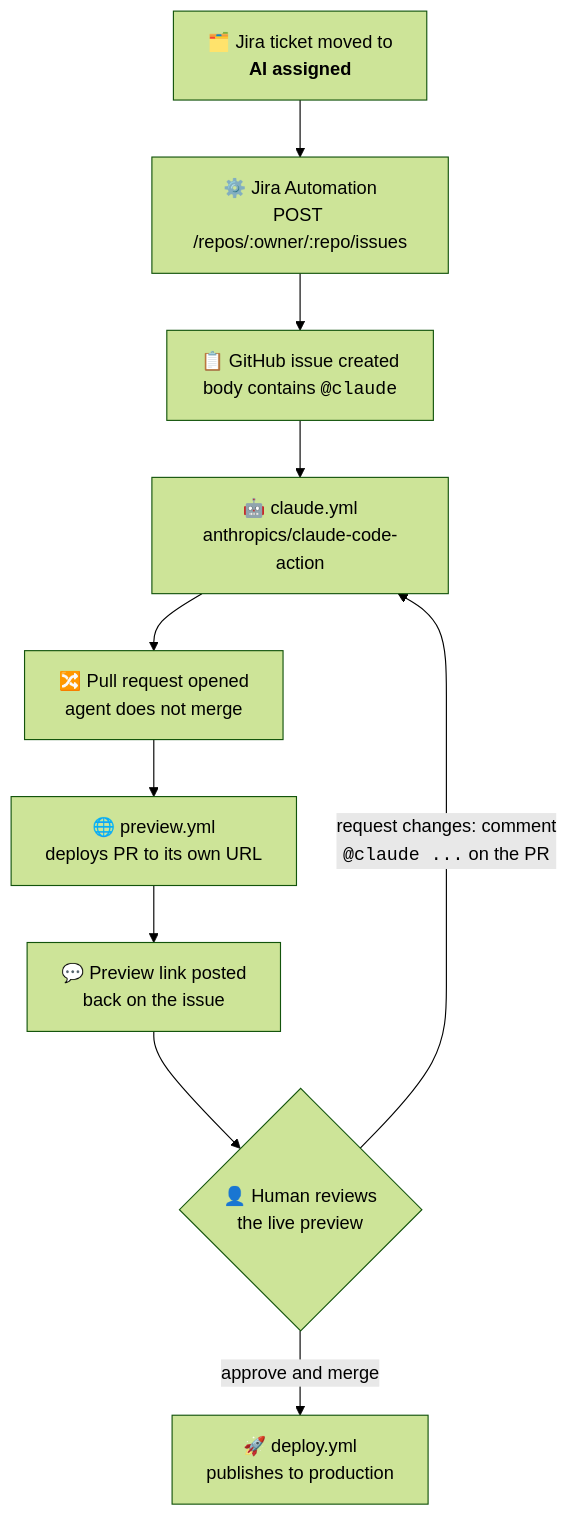
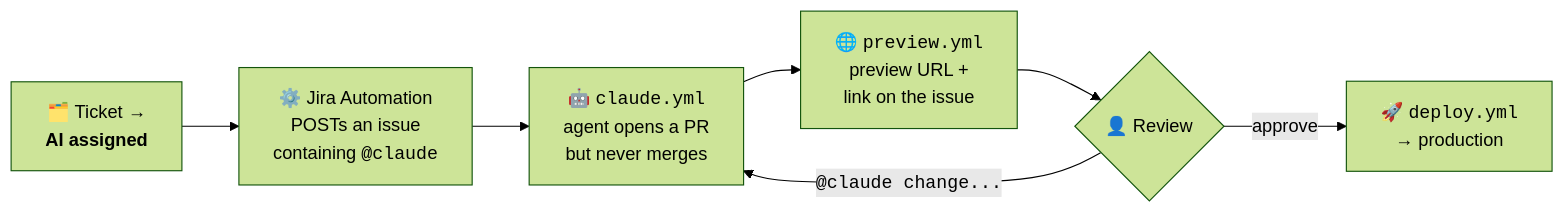
Before and after one commit to gonz96/agentic-prs: the second of 2 diagrams in README.md, drawn with Mermaid (forest theme).

Commit message:
Lay the technical diagram out horizontally to stop it towering

````diff
--- a/README.md
+++ b/README.md
@@ -52,12 +52,9 @@
 ```mermaid
-flowchart TD
-    A["🗂️ Jira ticket moved to<br/><b>AI assigned</b>"] --> B["⚙️ Jira Automation<br/>POST /repos/:owner/:repo/issues"]
-    B --> C["📋 GitHub issue created<br/>body contains <code>@claude</code>"]
-    C --> D["🤖 claude.yml<br/>anthropics/claude-code-action"]
-    D --> E["🔀 Pull request opened<br/>agent does not merge"]
-    E --> F["🌐 preview.yml<br/>deploys PR to its own URL"]
-    F --> G["💬 Preview link posted<br/>back on the issue"]
-    G --> H{"👤 Human reviews<br/>the live preview"}
-    H -->|approve and merge| I["🚀 deploy.yml<br/>publishes to production"]
-    H -->|"request changes: comment<br/><code>@claude ...</code> on the PR"| D
+flowchart LR
+    A["🗂️ Ticket →<br/><b>AI assigned</b>"] --> B["⚙️ Jira Automation<br/>POSTs an issue<br/>containing <code>@claude</code>"]
+    B --> C["🤖 <code>claude.yml</code><br/>agent opens a PR<br/>but never merges"]
+    C --> D["🌐 <code>preview.yml</code><br/>preview URL +<br/>link on the issue"]
+    D --> E{"👤 Review"}
+    E -->|"<code>@claude change...</code>"| C
+    E -->|approve| F["🚀 <code>deploy.yml</code><br/>→ production"]
 ```
````
